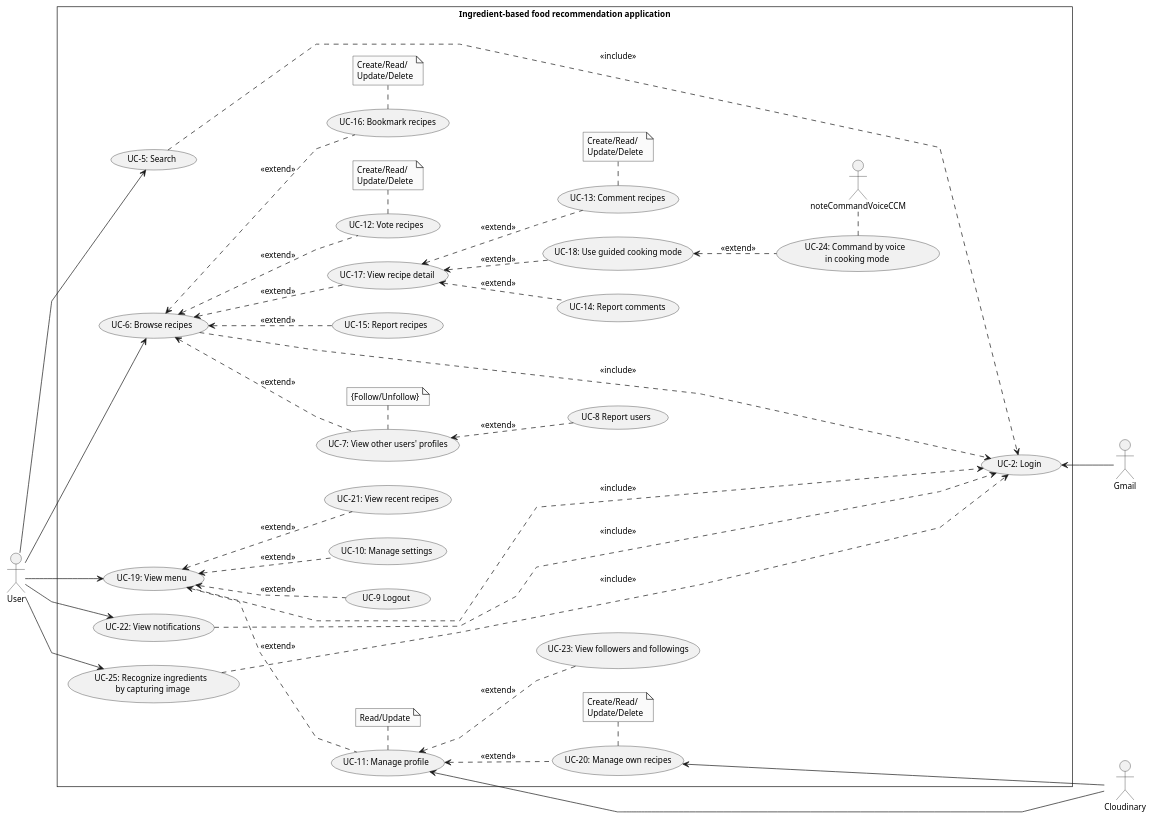
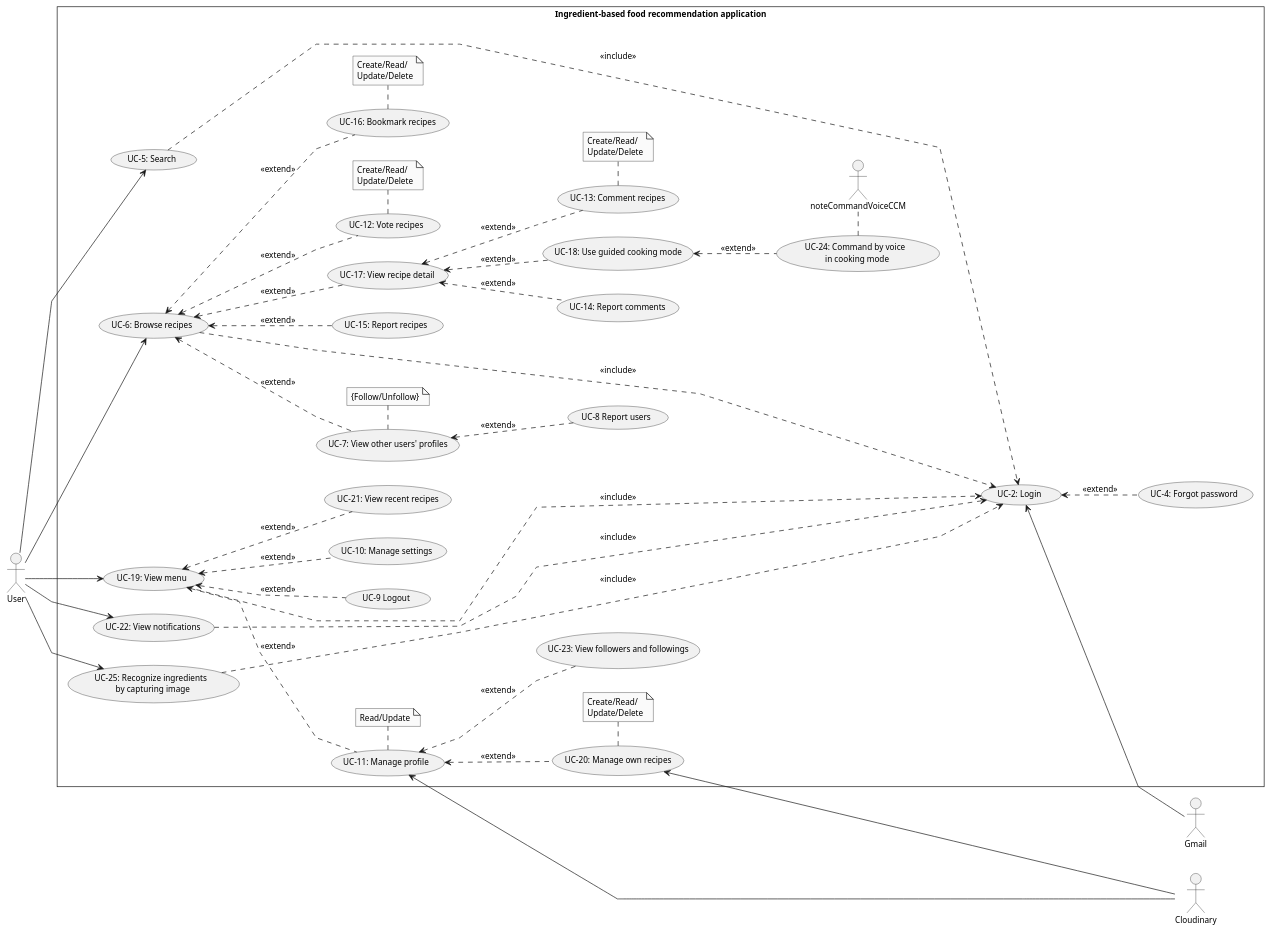
One commit to Carl-Johnsons/tastopia changed the diagram in doc/SRS/Usecase/UserUsecase/UserUsecase.plantuml. Above: the diagram before and after it, drawn with PlantUML. The commit also changed 6 other files, not shown here.

```diff
--- a/doc/SRS/Usecase/UserUsecase/UserUsecase.plantuml
+++ b/doc/SRS/Usecase/UserUsecase/UserUsecase.plantuml
@@ -1,94 +1,96 @@
 @startuml UserUsecase
 skinparam style strictuml
 skinparam monochrome true
 skinparam linetype polyline
 skinparam defaultFontSize 12
 left to right direction
 actor "User" as user
 actor "Gmail" as gmail
 actor "Cloudinary" as cl
 
 rectangle Ingredient-based<U+0020>food<U+0020>recommendation<U+0020>application {
     usecase "UC-2: Login" as ucLogin
+    usecase "UC-4: Forgot password" as ucForgotPassword
     usecase "UC-8 Report users" as ucReportUser
     usecase "UC-9 Logout" as ucLogout
     usecase "UC-10: Manage settings" as ucManageSetting
     usecase "UC-11: Manage profile" as ucManageProfile
 
     usecase "UC-5: Search" as ucSearch
     usecase "UC-6: Browse recipes" as ucBrowseRecipes
     usecase "UC-12: Vote recipes" as ucVoteRecipe
     usecase "UC-13: Comment recipes" as ucCmtRecipe
     usecase "UC-14: Report comments" as ucReportComment
     usecase "UC-15: Report recipes" as ucReportRecipe
     usecase "UC-16: Bookmark recipes" as ucBookmarkRecipe
     usecase "UC-17: View recipe detail" as ucViewRecipeDetail
     usecase "UC-18: Use guided cooking mode" as ucGuidedCCM
     usecase "UC-7: View other users' profiles" as ucViewUSProfile
 
     usecase "UC-19: View menu" as ucViewMenu
     usecase "UC-20: Manage own recipes" as ucManageRecipe
     usecase "UC-21: View recent recipes" as ucViewRecentRecipes
 
     usecase "UC-22: View notifications" as ucViewNotif
     usecase "UC-23: View followers and followings" as ucViewFollow
 
     note "Create/Read/\nUpdate/Delete" as noteManageRecipe
     note "Read/Update" as noteManageProfile
     note "Create/Read/\nUpdate/Delete" as noteVoteRecipe
     note "Create/Read/\nUpdate/Delete" as noteCmtRecipe
     note "Create/Read/\nUpdate/Delete" as noteBookmarkRecipe
     note "{Follow/Unfollow}" as noteViewUSProfile
 
     user --> ucSearch
 
     user --> ucBrowseRecipes
         ucBrowseRecipes <.. ucVoteRecipe : <<extend>>
             ucVoteRecipe . noteVoteRecipe
         ucBrowseRecipes <.. ucReportRecipe : <<extend>>
         ucBrowseRecipes <.. ucViewRecipeDetail : <<extend>>
             ucViewRecipeDetail <.. ucCmtRecipe : <<extend>>
                 ucCmtRecipe . noteCmtRecipe
             ucViewRecipeDetail <.. ucReportComment : <<extend>>
             ucViewRecipeDetail <.. ucGuidedCCM : <<extend>>
         ucBrowseRecipes <.. ucBookmarkRecipe : <<extend>>
             ucBookmarkRecipe . noteBookmarkRecipe
         ucBrowseRecipes <.. ucViewUSProfile : <<extend>>
             ucViewUSProfile . noteViewUSProfile
             ucViewUSProfile <.. ucReportUser : <<extend>>
 
     user --> ucViewMenu
         ucViewMenu <.. ucManageProfile : <<extend>>
             ucManageProfile . noteManageProfile
             ucManageProfile <.. ucManageRecipe : <<extend>>
             ucManageProfile <.. ucViewFollow : <<extend>>
                 ucManageRecipe . noteManageRecipe
         ucViewMenu <.. ucManageSetting : <<extend>>
         ucViewMenu <.. ucViewRecentRecipes : <<extend>>
         ucViewMenu <.. ucLogout : <<extend>>
 
     user --> ucViewNotif
     
     gmail -up-> ucLogin
     cl --up--> ucManageProfile
     cl --up--> ucManageRecipe
 
     ucSearch .....> ucLogin : <<include>>
     ucBrowseRecipes .....> ucLogin : <<include>>
     ucViewMenu .....> ucLogin : <<include>>
     ucViewNotif .....>ucLogin : <<include>>
+    ucLogin <.. ucForgotPassword : <<extend>>
 
 
     usecase "UC-24: Command by voice \n in cooking mode" as ucCommandVoiceCCM
     usecase "UC-25: Recognize ingredients \n by capturing image" as ucRecognizeIngre
 
 
     user --> ucRecognizeIngre
     ucGuidedCCM <.. ucCommandVoiceCCM : <<extend>>
         ucCommandVoiceCCM . noteCommandVoiceCCM
 
     ucRecognizeIngre .....> ucLogin : <<include>>
 
 }
 
 @enduml
```
